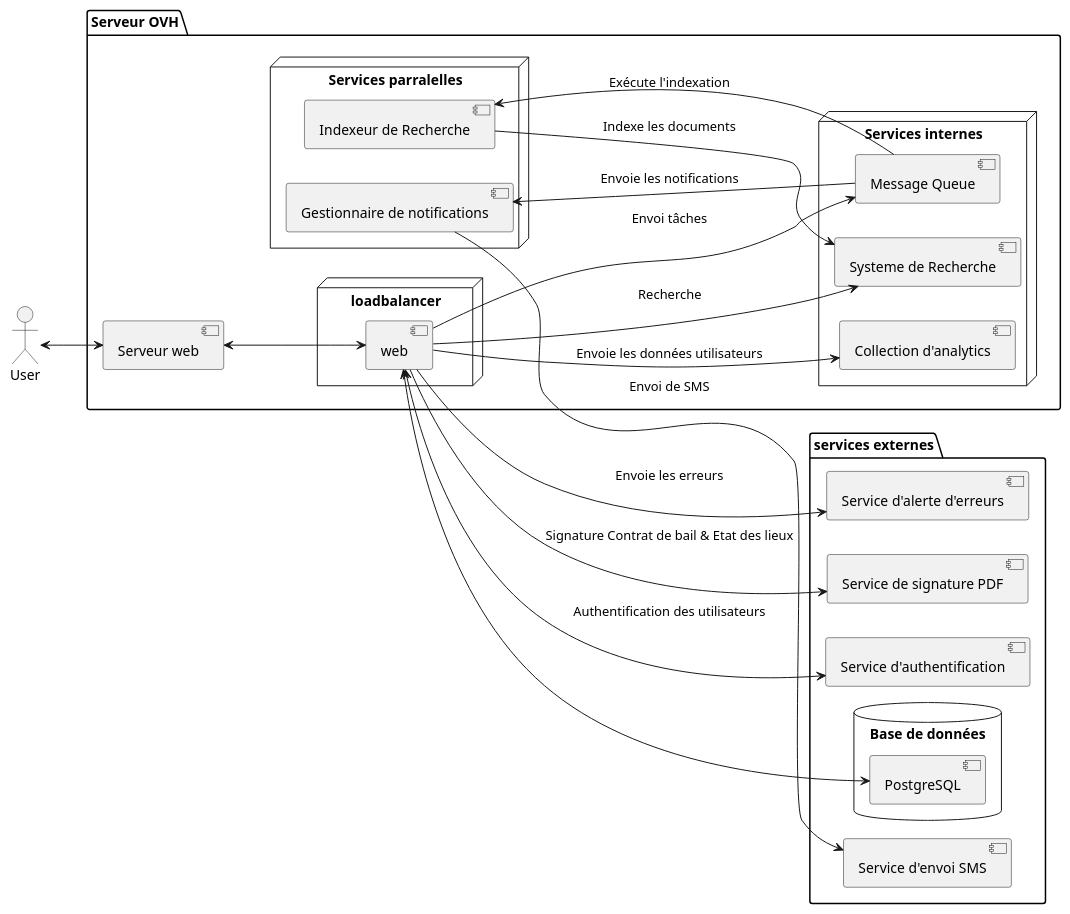
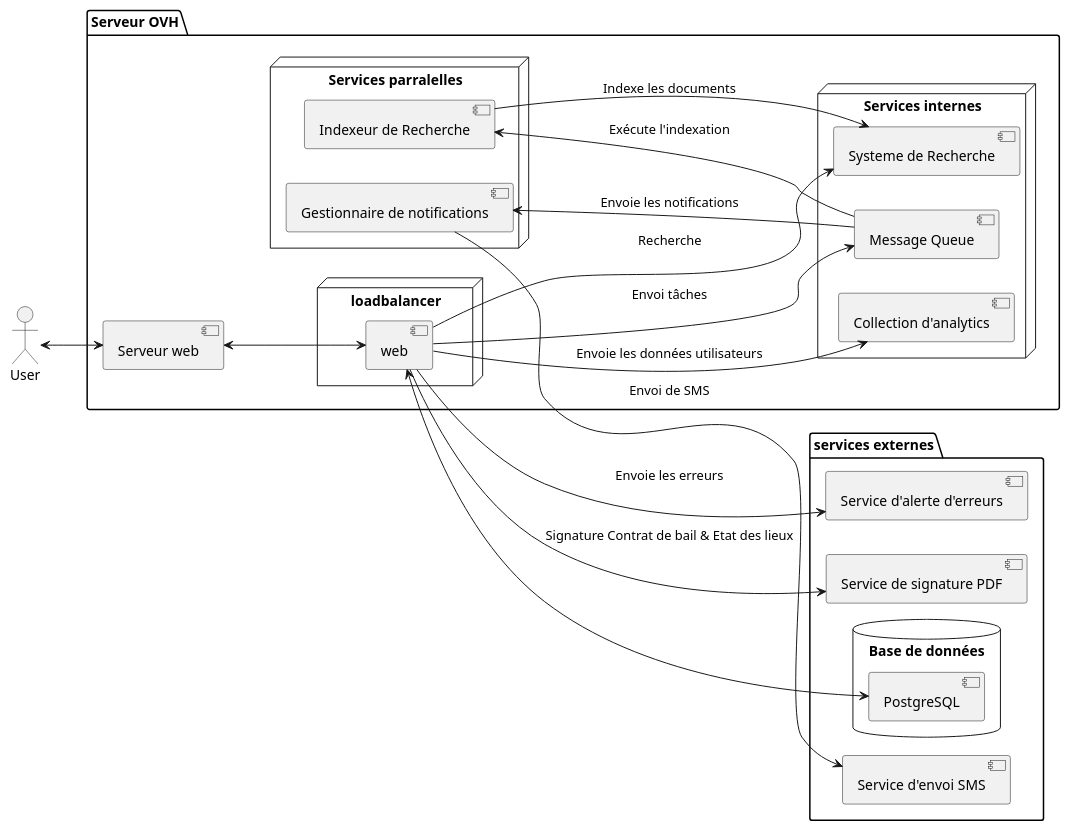
One commit to CSDEV-Tech/locaci changed the diagram in uml/architecture.puml. Above: the diagram before and after it, drawn with PlantUML. The commit also changed 2 other files, not shown here.

Commit message:
:memo: Updated stack and architecture

```diff
--- a/uml/architecture.puml
+++ b/uml/architecture.puml
@@ -1,60 +1,58 @@
 @startuml "locaci architecture"
 
 left to right direction
 
 :User: as user
 
 package "services externes" {
     database "Base de données" {
         [PostgreSQL] as db
     }
 
-    [Service d'authentification] as auth0
     [Service d'envoi SMS] as twilio
     [Service d'alerte d'erreurs] as alerting
     [Service de signature PDF] as pdfsign
 }
 package "Serveur OVH" as server {
     node loadbalancer as lb {
         [web] as web
     }
 
     node "Services internes" as internal  {
         [Message Queue] as redis
         [Systeme de Recherche] as typesense
         [Collection d'analytics] as analytics
     }
 
     node "Services parralelles" as threads {
         [Indexeur de Recherche] as indexer
         [Gestionnaire de notifications] as notificator
     }
 
     [Serveur web] as nginx
 
 
     web <-down-> db
-    web <-down-> auth0 : Authentification des utilisateurs
     web -down-> pdfsign : "Signature Contrat de bail & Etat des lieux"
     web -down-> alerting : Envoie les erreurs
     
     web -down-> redis : "Envoi tâches"
     web -down-> typesense : "Recherche"
     web --> analytics : Envoie les données utilisateurs
     
     redis -up-> indexer  : Exécute l'indexation
     redis -up-> notificator  : Envoie les notifications
     indexer -up-> typesense : Indexe les documents
     
     notificator -down-> twilio : Envoi de SMS
 }
 
 
 
 
 ' Relations
 nginx <-up-> user
 nginx <-down-> web
 
 
 @enduml
```
